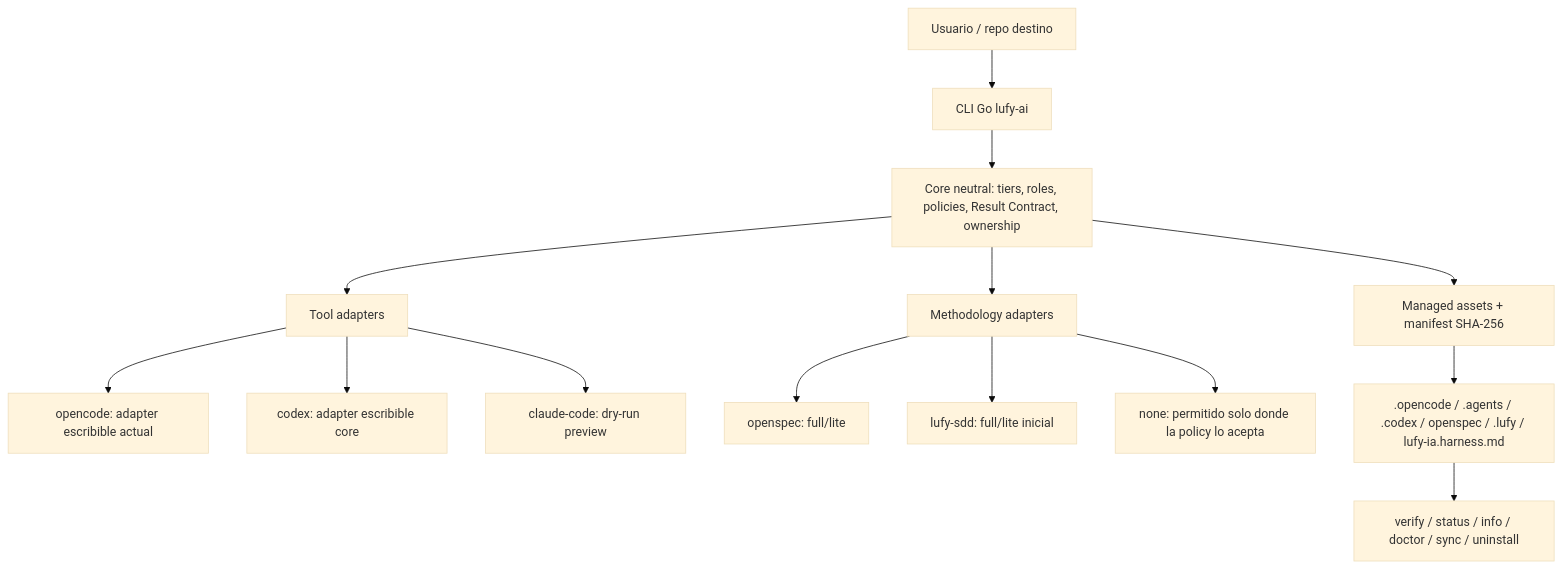
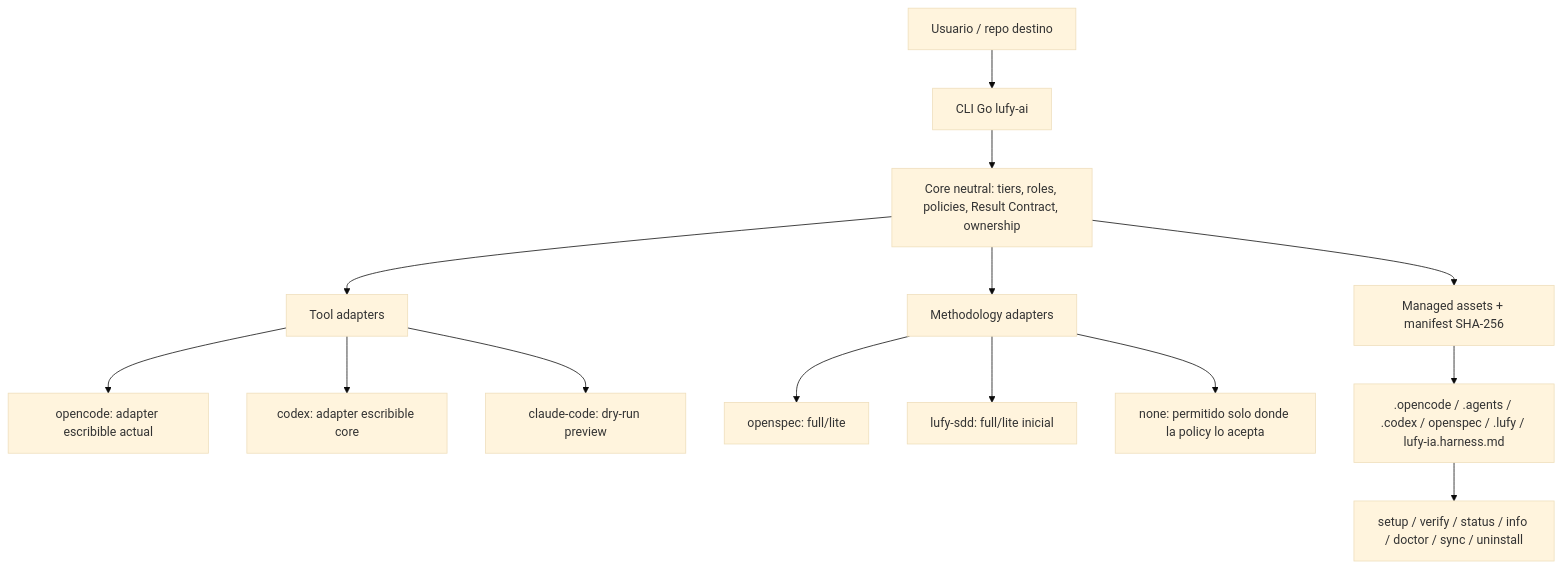
The first of 2 diagrams in README.md (adrotech/lufy-ai), drawn with Mermaid (base theme) before and after one commit. The commit also changed other lines of this file and 2 other files, not shown here.

````diff
--- a/README.md
+++ b/README.md
@@ -143,19 +152,19 @@
 ```mermaid
 flowchart TD
     U["Usuario / repo destino"] --> CLI["CLI Go lufy-ai"]
     CLI --> Core["Core neutral: tiers, roles, policies, Result Contract, ownership"]
     Core --> Tool["Tool adapters"]
     Core --> Meth["Methodology adapters"]
     Core --> Assets["Managed assets + manifest SHA-256"]
 
     Tool --> OC["opencode: adapter escribible actual"]
     Tool --> CX["codex: adapter escribible core"]
     Tool --> CC["claude-code: dry-run preview"]
 
     Meth --> OS["openspec: full/lite"]
     Meth --> LS["lufy-sdd: full/lite inicial"]
     Meth --> NN["none: permitido solo donde la policy lo acepta"]
 
     Assets --> Target[".opencode / .agents / .codex / openspec / .lufy / lufy-ia.harness.md"]
-    Target --> Verify["verify / status / info / doctor / sync / uninstall"]
+    Target --> Verify["setup / verify / status / info / doctor / sync / uninstall"]
 ```
````
